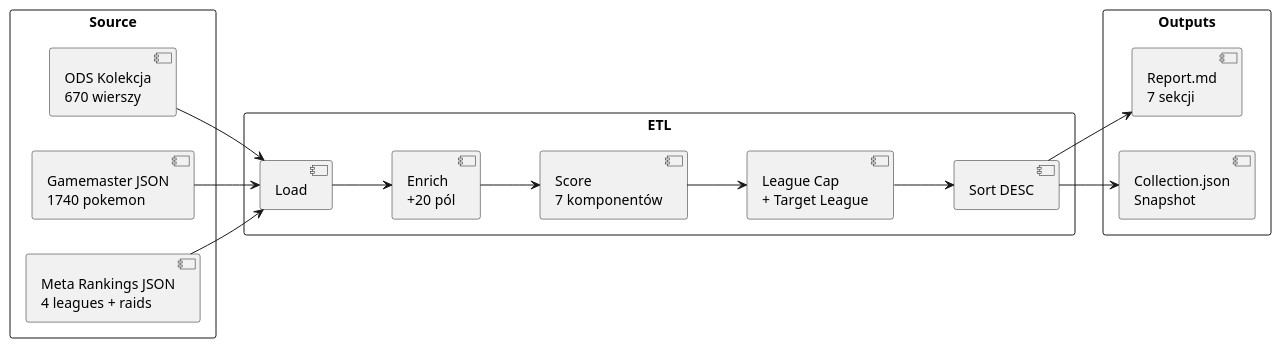
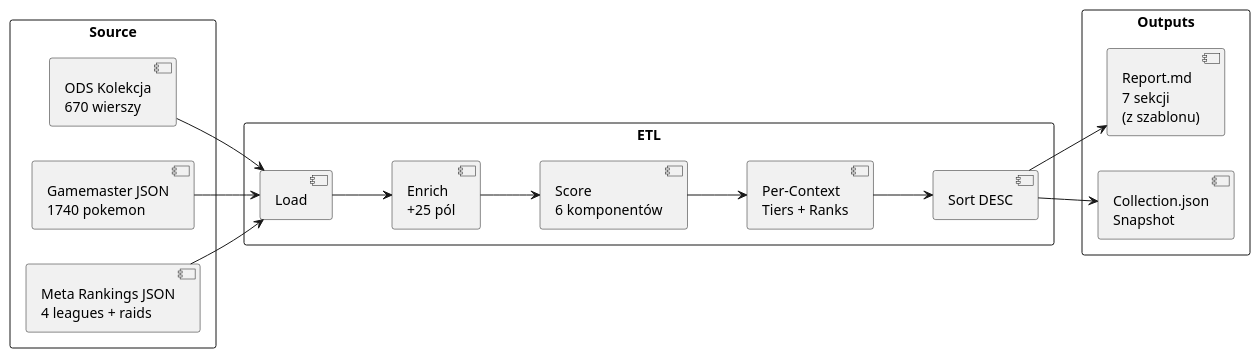
The diagram in docs/06-rejestr-danych.md (Adzikus/pokemon-go-analizer), drawn with PlantUML before and after one commit. The commit also changed other lines of this file and 8 other files, not shown here.

````diff
--- a/docs/06-rejestr-danych.md
+++ b/docs/06-rejestr-danych.md
@@ -228,36 +384,36 @@
 ```plantuml
 @startuml
 
 left to right direction
 
 rectangle "Source" {
     [ODS Kolekcja\n670 wierszy] as ODS
     [Gamemaster JSON\n1740 pokemon] as GM
     [Meta Rankings JSON\n4 leagues + raids] as MR
 }
 
 rectangle "ETL" {
     [Load] as Load
-    [Enrich\n+20 pól] as Enrich
-    [Score\n7 komponentów] as Score
-    [League Cap\n+ Target League] as Label
+    [Enrich\n+25 pól] as Enrich
+    [Score\n6 komponentów] as Score
+    [Per-Context\nTiers + Ranks] as Tiers
     [Sort DESC] as Sort
 }
 
 rectangle "Outputs" {
-    [Report.md\n7 sekcji] as MD
+    [Report.md\n7 sekcji\n(z szablonu)] as MD
     [Collection.json\nSnapshot] as JSON
 }
 
 ODS --> Load
 GM --> Load
 MR --> Load
 Load --> Enrich
 Enrich --> Score
-Score --> Label
-Label --> Sort
+Score --> Tiers
+Tiers --> Sort
 Sort --> MD
 Sort --> JSON
 
 @enduml
 ```
````
